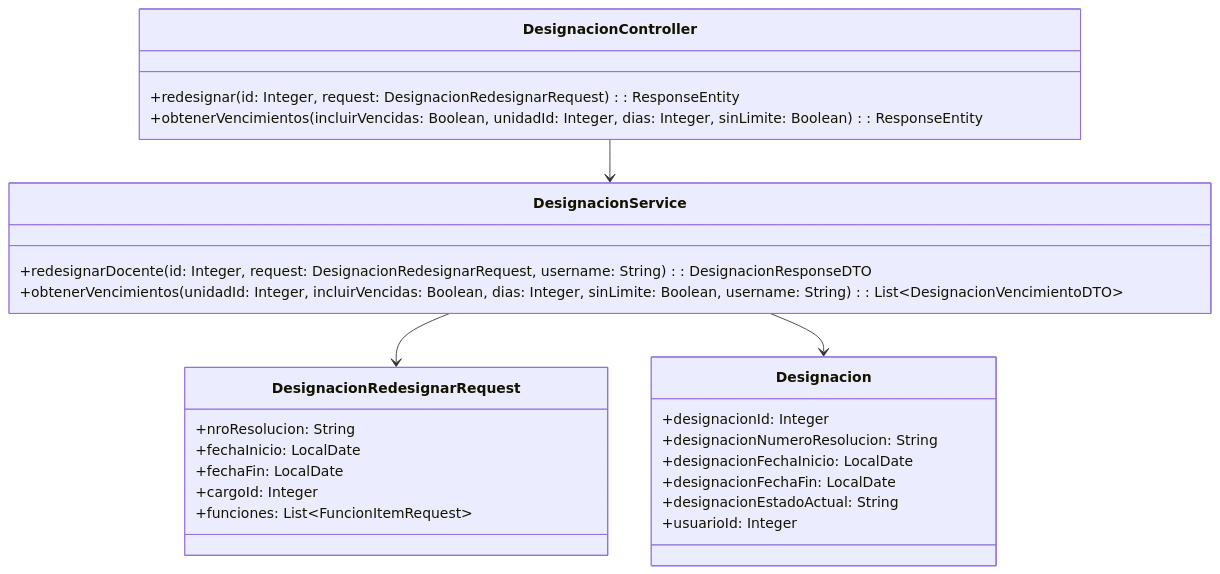
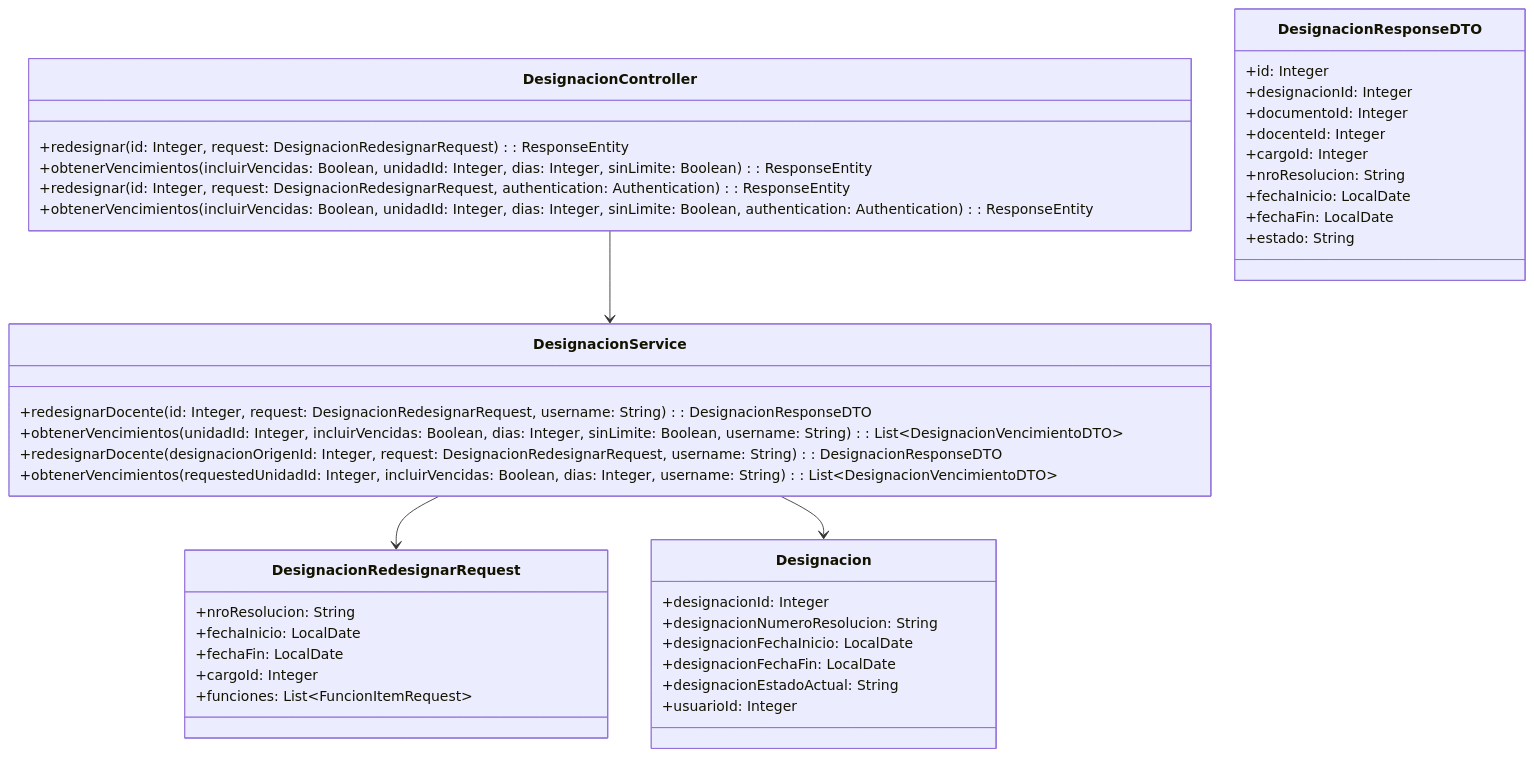
Before and after one commit to Melissa-Ann-Giuliani/atlas-backend: the third of 3 diagrams in .tasks/RF-37/solution-diagrams.md, drawn with Mermaid. The commit also changed 11 other files, not shown here.

````diff
--- a/.tasks/RF-37/solution-diagrams.md
+++ b/.tasks/RF-37/solution-diagrams.md
@@ -67,33 +67,49 @@
 ```mermaid
 classDiagram
     class DesignacionController {
         +redesignar(id: Integer, request: DesignacionRedesignarRequest): ResponseEntity
         +obtenerVencimientos(incluirVencidas: Boolean, unidadId: Integer, dias: Integer, sinLimite: Boolean): ResponseEntity
+        +redesignar(id: Integer, request: DesignacionRedesignarRequest, authentication: Authentication): ResponseEntity
+        +obtenerVencimientos(incluirVencidas: Boolean, unidadId: Integer, dias: Integer, sinLimite: Boolean, authentication: Authentication): ResponseEntity
     }
 
     class DesignacionService {
         +redesignarDocente(id: Integer, request: DesignacionRedesignarRequest, username: String): DesignacionResponseDTO
         +obtenerVencimientos(unidadId: Integer, incluirVencidas: Boolean, dias: Integer, sinLimite: Boolean, username: String): List~DesignacionVencimientoDTO~
+        +redesignarDocente(designacionOrigenId: Integer, request: DesignacionRedesignarRequest, username: String): DesignacionResponseDTO
+        +obtenerVencimientos(requestedUnidadId: Integer, incluirVencidas: Boolean, dias: Integer, username: String): List~DesignacionVencimientoDTO~
     }
 
     class DesignacionRedesignarRequest {
         +nroResolucion: String
         +fechaInicio: LocalDate
         +fechaFin: LocalDate
         +cargoId: Integer
         +funciones: List~FuncionItemRequest~
+    }
+
+    class DesignacionResponseDTO {
+        +id: Integer
+        +designacionId: Integer
+        +documentoId: Integer
+        +docenteId: Integer
+        +cargoId: Integer
+        +nroResolucion: String
+        +fechaInicio: LocalDate
+        +fechaFin: LocalDate
+        +estado: String
     }
 
     class Designacion {
         +designacionId: Integer
         +designacionNumeroResolucion: String
         +designacionFechaInicio: LocalDate
         +designacionFechaFin: LocalDate
         +designacionEstadoActual: String
         +usuarioId: Integer
     }
 
     DesignacionController --> DesignacionService
     DesignacionService --> DesignacionRedesignarRequest
     DesignacionService --> Designacion
 ```
````
